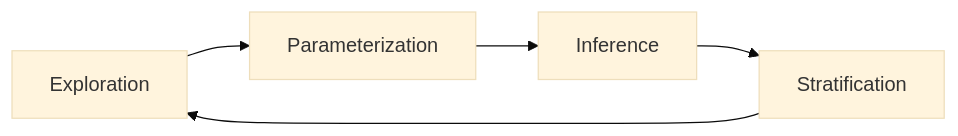
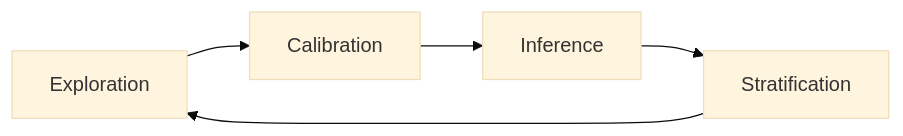
The diagram in syllabus.md (papsti/macpan-workshop), drawn with Mermaid (base theme) before and after one commit. The commit also changed other lines of this file, not shown here.

````diff
--- a/syllabus.md
+++ b/syllabus.md
@@ -52,7 +68,7 @@
 ```mermaid
 graph LR;
-    Exploration-->Parameterization;
-    Parameterization-->Inference;
+    Exploration-->Calibration;
+    Calibration-->Inference;
     Inference-->Stratification;
     Stratification-->Exploration;
 ```
````
